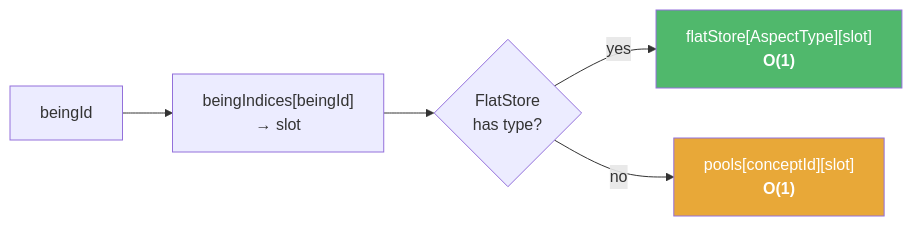
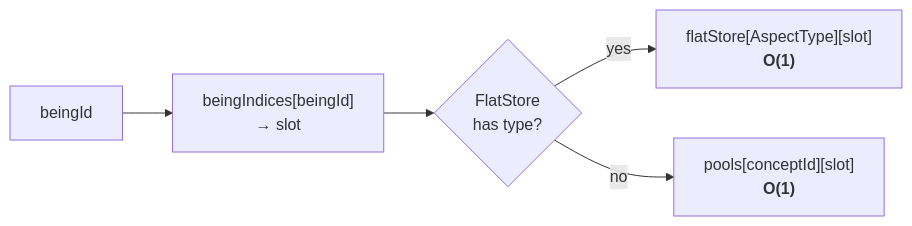
Before and after one commit to fm39hz/fm39hz-blogs: the eighth of 21 diagrams in src/content/articles/another-way-to-engineer-a-game.md, drawn with Mermaid. The commit also changed other lines of this file, not shown here.

````diff
--- a/src/content/articles/another-way-to-engineer-a-game.md
+++ b/src/content/articles/another-way-to-engineer-a-game.md
@@ -352,10 +332,7 @@
 ```mermaid
 flowchart LR
     BID["beingId"] --> IDX["beingIndices[beingId]<br/>→ slot"]
     IDX --> FS{"FlatStore<br/>has type?"}
     FS -->|yes| ARR["flatStore[AspectType][slot]<br/><b>O(1)</b>"]
     FS -->|no| POOL["pools[conceptId][slot]<br/><b>O(1)</b>"]
-
-    style ARR fill:#50b86c,color:#fff
-    style POOL fill:#e8a838,color:#fff
 ```
````
